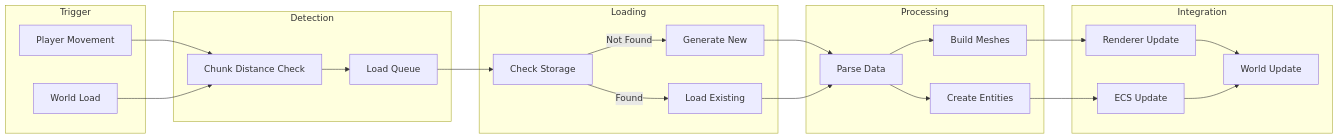
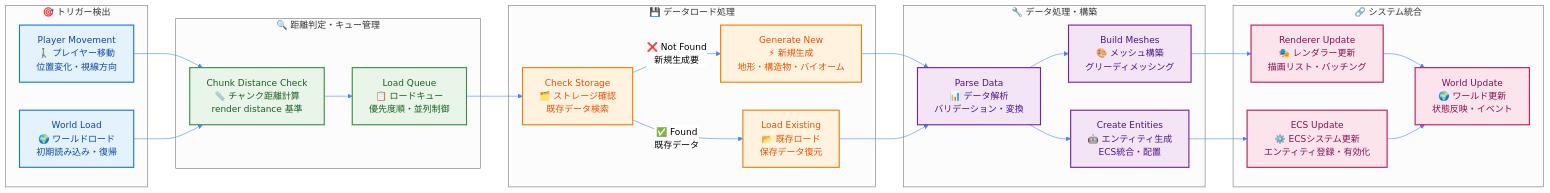
One commit to takeokunn/ts-minecraft changed the third of 4 diagrams in docs/02-specifications/02-api-design/03-data-flow-diagram.md. Above: the diagram before and after it, drawn with Mermaid. The commit also changed other lines of this file and 124 other files, not shown here.

````diff
--- a/docs/02-specifications/02-api-design/03-data-flow-diagram.md
+++ b/docs/02-specifications/02-api-design/03-data-flow-diagram.md
@@ -158,45 +220,58 @@
 ```mermaid
+%%{init: {"theme": "neutral", "themeVariables": {"primaryColor": "#4285f4", "primaryTextColor": "#ffffff", "primaryBorderColor": "#ffffff", "lineColor": "#4285f4", "sectionBkgColor": "#f5f7fa", "tertiaryColor": "#f5f7fa"}}}%%
 graph LR
-    subgraph "Trigger"
-        PM[Player Movement]
-        WL[World Load]
+    subgraph Trigger ["🎯 トリガー検出"]
+        PM["Player Movement<br/>🚶‍♂️ プレイヤー移動<br/>位置変化・視線方向"]
+        WL["World Load<br/>🌍 ワールドロード<br/>初期読み込み・復帰"]
     end
 
-    subgraph "Detection"
-        CD[Chunk Distance Check]
-        CQ[Load Queue]
+    subgraph Detection ["🔍 距離判定・キュー管理"]
+        CD["Chunk Distance Check<br/>📏 チャンク距離計算<br/>render distance 基準"]
+        CQ["Load Queue<br/>📋 ロードキュー<br/>優先度順・並列制御"]
     end
 
-    subgraph "Loading"
-        CS[Check Storage]
-        CG[Generate New]
-        CL[Load Existing]
+    subgraph Loading ["💾 データロード処理"]
+        CS["Check Storage<br/>🗂️ ストレージ確認<br/>既存データ検索"]
+        CG["Generate New<br/>⚡ 新規生成<br/>地形・構造物・バイオーム"]
+        CL["Load Existing<br/>📂 既存ロード<br/>保存データ復元"]
     end
 
-    subgraph "Processing"
-        CP[Parse Data]
-        CB[Build Meshes]
-        CE[Create Entities]
+    subgraph Processing ["🔧 データ処理・構築"]
+        CP["Parse Data<br/>📊 データ解析<br/>バリデーション・変換"]
+        CB["Build Meshes<br/>🎨 メッシュ構築<br/>グリーディメッシング"]
+        CE["Create Entities<br/>🤖 エンティティ生成<br/>ECS統合・配置"]
     end
 
-    subgraph "Integration"
-        WU[World Update]
-        RU[Renderer Update]
-        EU[ECS Update]
+    subgraph Integration ["🔗 システム統合"]
+        WU["World Update<br/>🌍 ワールド更新<br/>状態反映・イベント"]
+        RU["Renderer Update<br/>🎭 レンダラー更新<br/>描画リスト・バッチング"]
+        EU["ECS Update<br/>⚙️ ECSシステム更新<br/>エンティティ登録・有効化"]
     end
 
     PM --> CD
     WL --> CD
     CD --> CQ
     CQ --> CS
-    CS -->|Not Found| CG
-    CS -->|Found| CL
+    CS -->|"❌ Not Found<br/>新規生成要"| CG
+    CS -->|"✅ Found<br/>既存データ"| CL
     CG --> CP
     CL --> CP
     CP --> CB
     CP --> CE
     CB --> RU
     CE --> EU
     RU --> WU
     EU --> WU
+
+    classDef triggerStyle fill:#e3f2fd,stroke:#1976d2,stroke-width:2px,color:#0d47a1
+    classDef detectionStyle fill:#e8f5e8,stroke:#388e3c,stroke-width:2px,color:#1b5e20
+    classDef loadingStyle fill:#fff3e0,stroke:#f57c00,stroke-width:2px,color:#e65100
+    classDef processingStyle fill:#f3e5f5,stroke:#7b1fa2,stroke-width:2px,color:#4a148c
+    classDef integrationStyle fill:#fce4ec,stroke:#c2185b,stroke-width:2px,color:#880e4f
+
+    class PM,WL triggerStyle
+    class CD,CQ detectionStyle
+    class CS,CG,CL loadingStyle
+    class CP,CB,CE processingStyle
+    class WU,RU,EU integrationStyle
 ```
````
